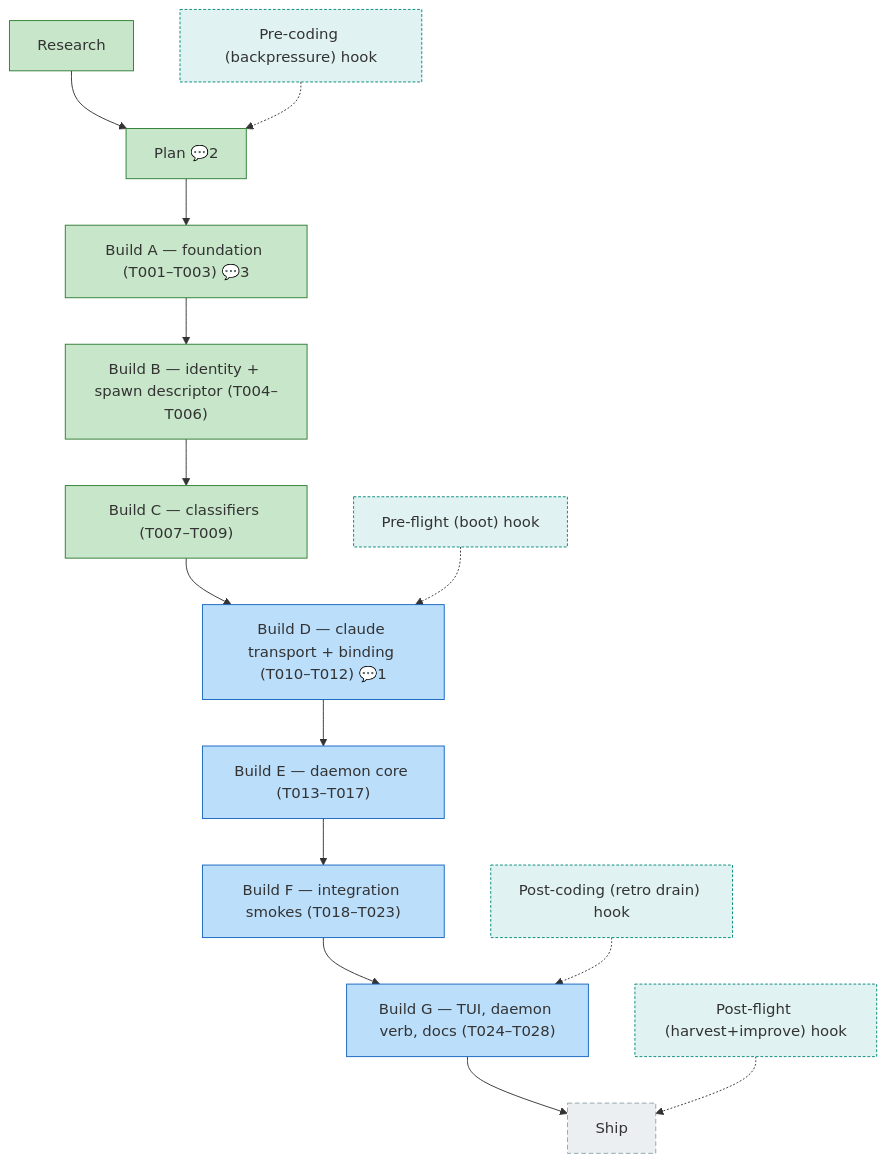
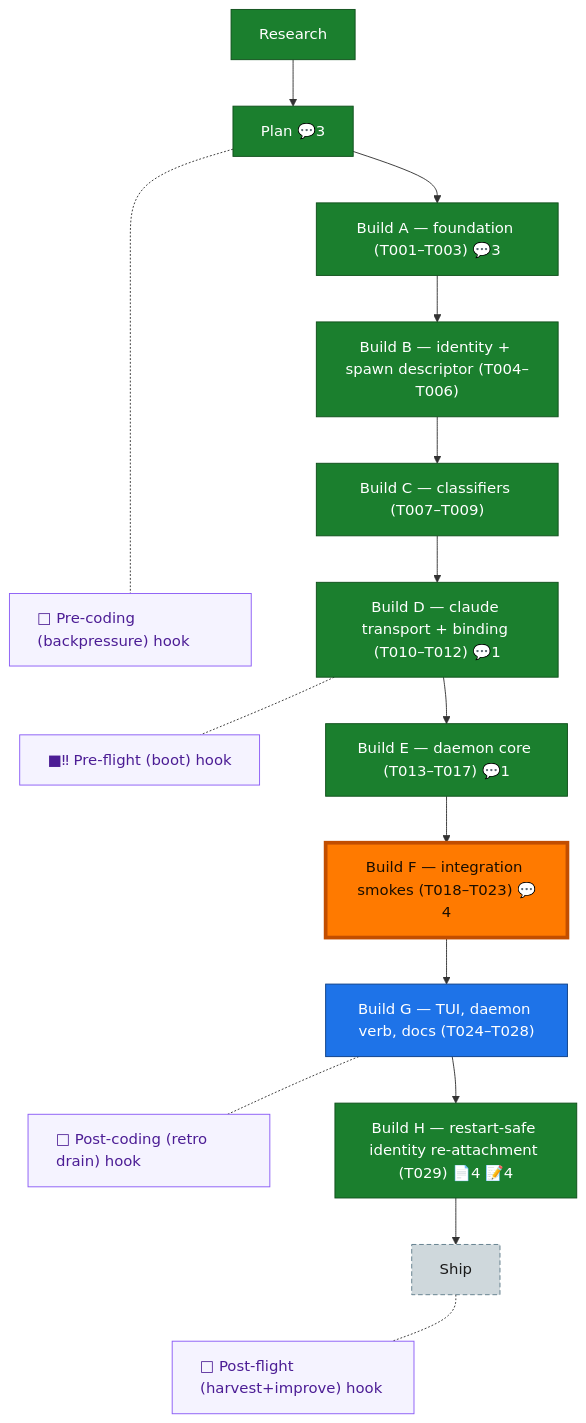
One commit to vaughanknight/pij changed the diagram in docs/plans/019-pij-tmux-control-plane/the-flow.md. Above: the diagram before and after it, drawn with Mermaid. The commit also changed other lines of this file and 55 other files, not shown here.

First line of the commit message:
chore: land in-flight plan-019 build-f WIP + FX001/FX002 send-path fixes (035 T001 sequencing gate)

````diff
--- a/docs/plans/019-pij-tmux-control-plane/the-flow.md
+++ b/docs/plans/019-pij-tmux-control-plane/the-flow.md
@@ -8,45 +8,37 @@
 ```mermaid
 flowchart TD
-    ship["Ship"]:::assumed
-    plan["Plan 💬2"]:::done
     research["Research"]:::done
+    plan["Plan 💬3"]:::done
     build["Build A — foundation (T001–T003) 💬3"]:::done
     build_b["Build B — identity + spawn descriptor (T004–T006)"]:::done
     build_c["Build C — classifiers (T007–T009)"]:::done
-    build_d["Build D — claude transport + binding (T010–T012) 💬1"]:::known
-    build_e["Build E — daemon core (T013–T017)"]:::known
-    build_f["Build F — integration smokes (T018–T023)"]:::known
+    build_d["Build D — claude transport + binding (T010–T012) 💬1"]:::done
+    build_e["Build E — daemon core (T013–T017) 💬1"]:::done
+    build_f["Build F — integration smokes (T018–T023) 💬4"]:::known
     build_g["Build G — TUI, daemon verb, docs (T024–T028)"]:::known
+    build_h["Build H — restart-safe identity re-attachment (T029) 📄4 📝4"]:::done
+    ship["Ship"]:::assumed
 
-    plan --> build
-    research --> plan
-    build --> build_b
-    build_b --> build_c
-    build_c --> build_d
-    build_d --> build_e
-    build_e --> build_f
-    build_f --> build_g
-    build_g --> ship
+    research --> plan --> build --> build_b --> build_c --> build_d --> build_e --> build_f --> build_g --> build_h --> ship
 
-    ehf_pre_flight["Pre-flight (boot) hook"]:::chore
-    ehf_pre_coding["Pre-coding (backpressure) hook"]:::chore
-    ehf_post_coding["Post-coding (retro drain) hook"]:::chore
-    ehf_post_flight["Post-flight (harvest+improve) hook"]:::chore
-    ehf_pre_flight -.-> build_d
-    ehf_pre_coding -.-> plan
-    ehf_post_coding -.-> build_g
-    ehf_post_flight -.-> ship
+    planC["□ Pre-coding (backpressure) hook"]:::chore
+    build_dC["■‼ Pre-flight (boot) hook"]:::chore
+    build_gC["□ Post-coding (retro drain) hook"]:::chore
+    shipC["□ Post-flight (harvest+improve) hook"]:::chore
 
-    classDef done fill:#C8E6C9,stroke:#2E7D32;
-    classDef wip fill:#FFE0B2,stroke:#EF6C00;
-    classDef blocked fill:#FFCDD2,stroke:#C62828;
-    classDef known fill:#BBDEFB,stroke:#1565C0;
-    classDef assumed fill:#ECEFF1,stroke:#90A4AE,stroke-dasharray:5 3;
-    classDef said fill:#FFF9C4,stroke:#F9A825;
-    classDef harness fill:#EDE7F6,stroke:#673AB7;
-    classDef decision fill:#FFF3E0,stroke:#FB8C00,stroke-dasharray:2 2;
-    classDef companion fill:#D1C4E9,stroke:#5E35B1;
-    classDef worker fill:#B2DFDB,stroke:#00897B;
-    classDef chore fill:#E0F2F1,stroke:#00897B,stroke-dasharray:3 2;
-    classDef unknown fill:#FAFAFA,stroke:#BDBDBD,stroke-dasharray:1 4;
+    %% invisible chain holds the gutter boxes in their own column
+    planC ~~~ build_dC ~~~ build_gC ~~~ shipC
+
+    %% dotted links pull each gutter box beside its node
+    plan -.- planC
+    build_d -.- build_dC
+    build_g -.- build_gC
+    ship -.- shipC
+
+    classDef done fill:#1B7F2E,stroke:#0F4F1B,color:#fff;
+    classDef known fill:#1E73E8,stroke:#0D3F86,color:#fff;
+    classDef assumed fill:#CFD8DC,stroke:#607D8B,color:#1a1a1a,stroke-dasharray:5 3;
+    classDef chore fill:#f5f3ff,stroke:#8b5cf6,color:#4c1d95,text-align:left;
+    classDef current fill:#FF7A00,stroke:#C24E00,color:#1a0e00,stroke-width:4px;
+    class build_f current;
 ```
````
